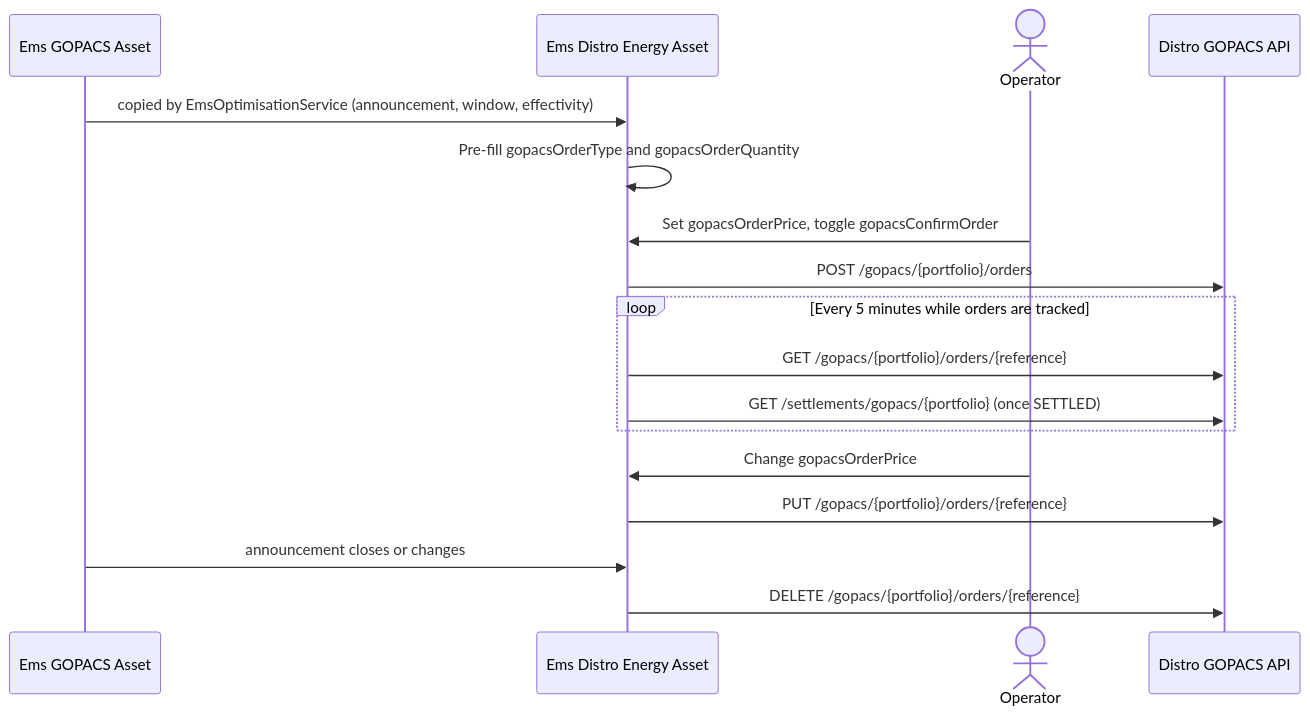
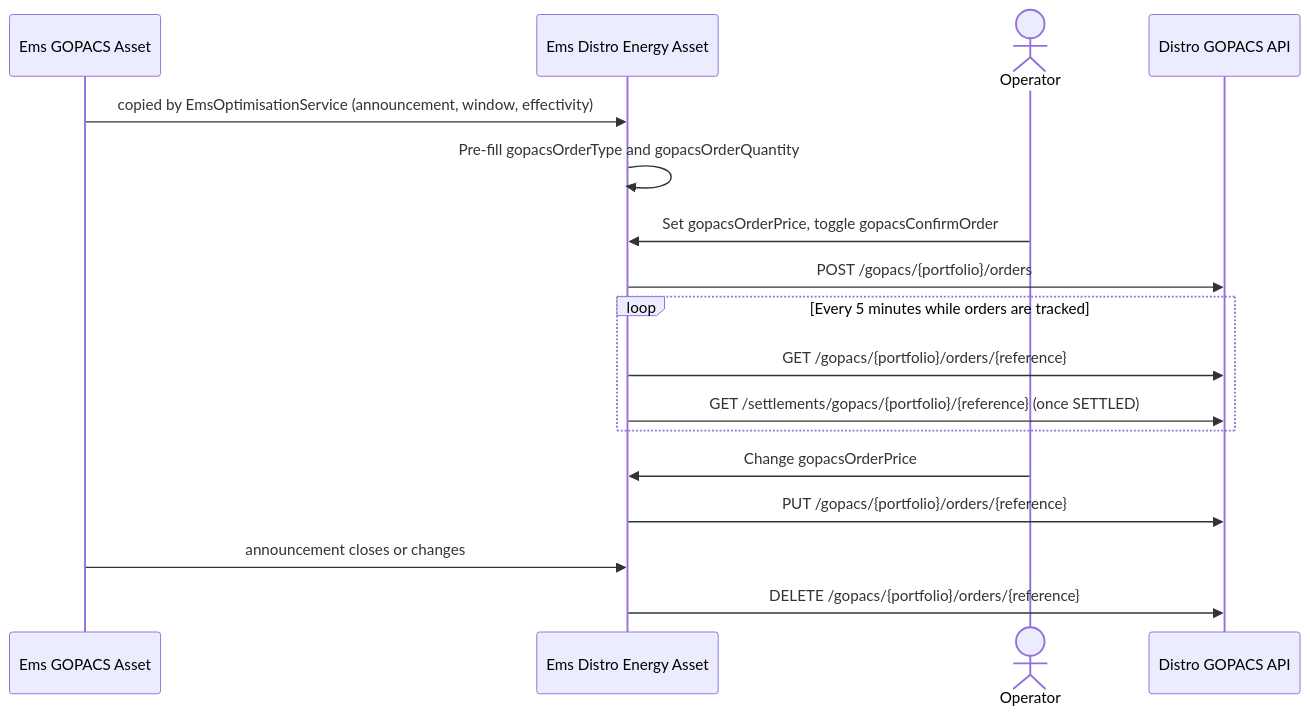
One commit to openremote/extensions changed the second of 2 diagrams in ems/docs/DistroEnergyIntegration.md. Above: the diagram before and after it, drawn with Mermaid. The commit also changed other lines of this file and 6 other files, not shown here.

First line of the commit message:
Read Distro GOPACS settlements per order reference

````diff
--- a/ems/docs/DistroEnergyIntegration.md
+++ b/ems/docs/DistroEnergyIntegration.md
@@ -225,20 +225,20 @@
 ```mermaid
 sequenceDiagram
     participant G as Ems GOPACS Asset
     participant D as Ems Distro Energy Asset
     actor Op as Operator
     participant API as Distro GOPACS API
 
     G->>D: copied by EmsOptimisationService (announcement, window, effectivity)
     D->>D: Pre-fill gopacsOrderType and gopacsOrderQuantity
     Op->>D: Set gopacsOrderPrice, toggle gopacsConfirmOrder
     D->>API: POST /gopacs/{portfolio}/orders
     loop Every 5 minutes while orders are tracked
         D->>API: GET /gopacs/{portfolio}/orders/{reference}
-        D->>API: GET /settlements/gopacs/{portfolio} (once SETTLED)
+        D->>API: GET /settlements/gopacs/{portfolio}/{reference} (once SETTLED)
     end
     Op->>D: Change gopacsOrderPrice
     D->>API: PUT /gopacs/{portfolio}/orders/{reference}
     G->>D: announcement closes or changes
     D->>API: DELETE /gopacs/{portfolio}/orders/{reference}
 ```
````
